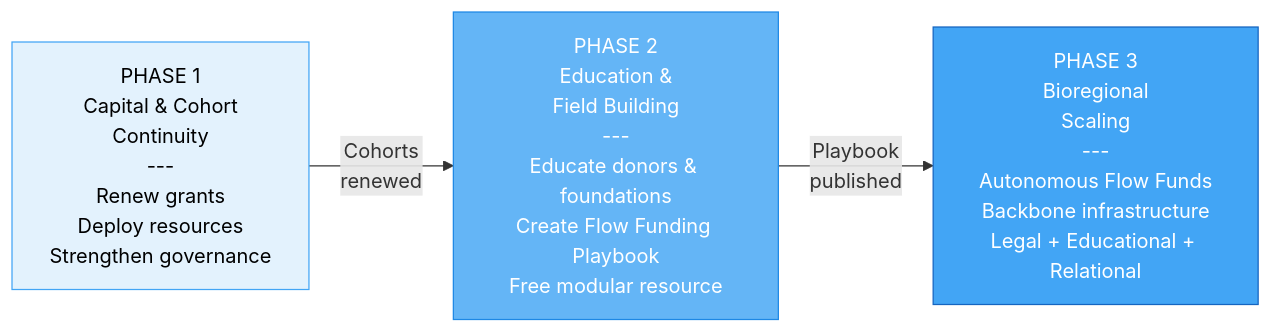
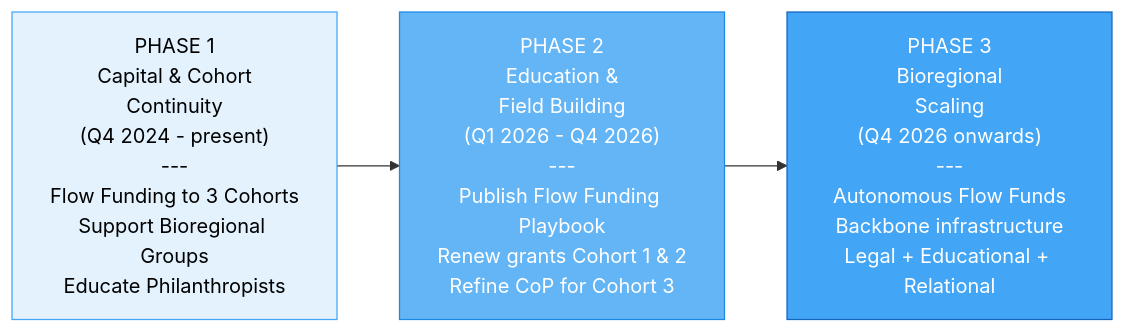
One commit to Light-Brands/sydney changed the fourth of 4 diagrams in kinship-earth/EXECUTIVE-SUMMARY.md. Above: the diagram before and after it, drawn with Mermaid. The commit also changed other lines of this file, not shown here.

````diff
--- a/kinship-earth/EXECUTIVE-SUMMARY.md
+++ b/kinship-earth/EXECUTIVE-SUMMARY.md
@@ -216,15 +218,15 @@
 ```mermaid
 flowchart LR
-    P1["PHASE 1<br/>Capital & Cohort<br/>Continuity<br/>---<br/>Renew grants<br/>Deploy resources<br/>Strengthen governance"]
+    P1["PHASE 1<br/>Capital & Cohort<br/>Continuity<br/>(Q4 2024 - present)<br/>---<br/>Flow Funding to 3 Cohorts<br/>Support Bioregional Groups<br/>Educate Philanthropists"]
 
-    P2["PHASE 2<br/>Education &<br/>Field Building<br/>---<br/>Educate donors & foundations<br/>Create Flow Funding Playbook<br/>Free modular resource"]
+    P2["PHASE 2<br/>Education &<br/>Field Building<br/>(Q1 2026 - Q4 2026)<br/>---<br/>Publish Flow Funding Playbook<br/>Renew grants Cohort 1 & 2<br/>Refine CoP for Cohort 3"]
 
-    P3["PHASE 3<br/>Bioregional<br/>Scaling<br/>---<br/>Autonomous Flow Funds<br/>Backbone infrastructure<br/>Legal + Educational + Relational"]
+    P3["PHASE 3<br/>Bioregional<br/>Scaling<br/>(Q4 2026 onwards)<br/>---<br/>Autonomous Flow Funds<br/>Backbone infrastructure<br/>Legal + Educational + Relational"]
 
-    P1 -->|"Cohorts<br/>renewed"| P2
-    P2 -->|"Playbook<br/>published"| P3
+    P1 --> P2
+    P2 --> P3
 
     style P1 fill:#E3F2FD,stroke:#42A5F5,color:#000
     style P2 fill:#64B5F6,stroke:#1E88E5,color:#fff
     style P3 fill:#42A5F5,stroke:#1565C0,color:#fff
 ```
````
